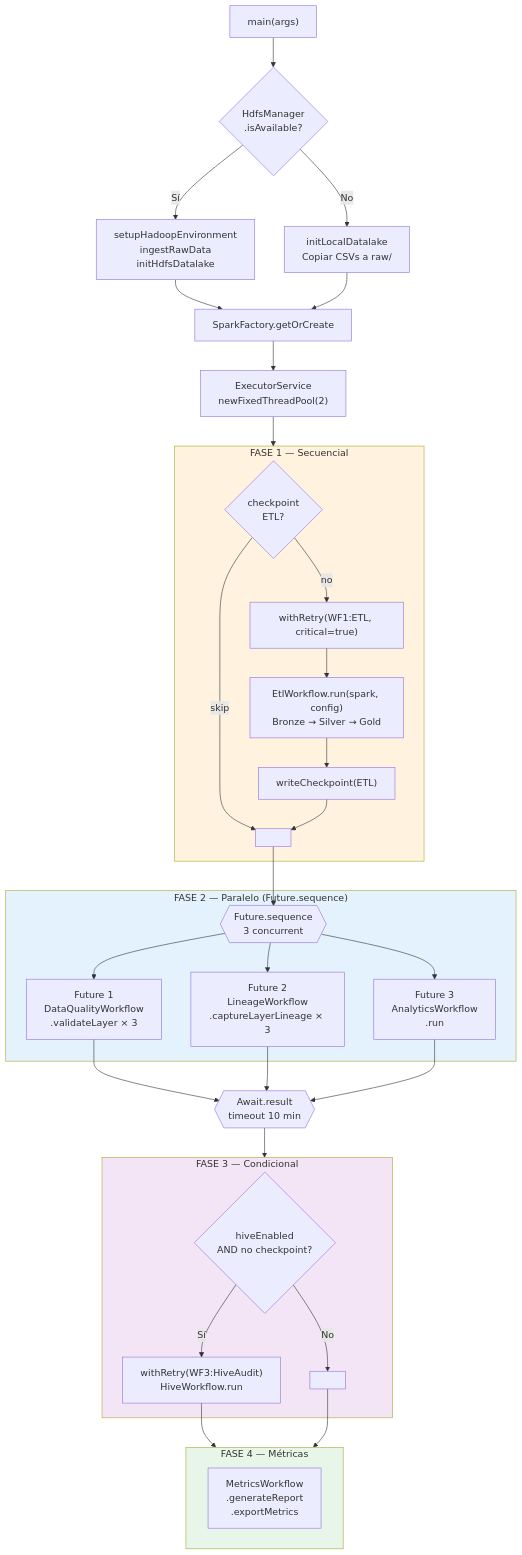
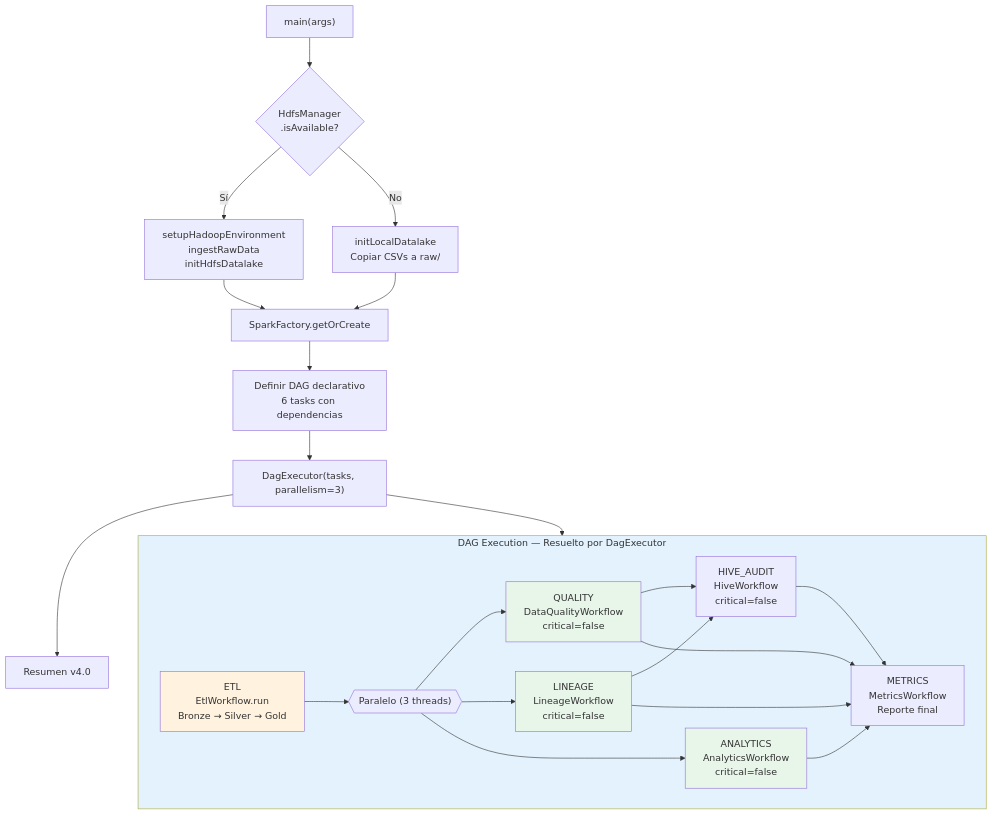
One commit to federicopfund/Fabric_Analytics_Engineer changed the second of 22 diagrams in docs/README.md. Above: the diagram before and after it, drawn with Mermaid. The commit also changed other lines of this file, not shown here.

First line of the commit message:
docs: actualizar README.md con cambios de arquitectura v4.0

````diff
--- a/docs/README.md
+++ b/docs/README.md
@@ -187,52 +204,37 @@
 ```mermaid
 flowchart TB
     MAIN["main(args)"] --> DETECT{"HdfsManager<br/>.isAvailable?"}
 
     DETECT -->|Sí| HDFS_MODE["setupHadoopEnvironment<br/>ingestRawData<br/>initHdfsDatalake"]
     DETECT -->|No| LOCAL_MODE["initLocalDatalake<br/>Copiar CSVs a raw/"]
 
     HDFS_MODE --> SPARK["SparkFactory.getOrCreate"]
     LOCAL_MODE --> SPARK
 
-    SPARK --> POOL["ExecutorService<br/>newFixedThreadPool(2)"]
+    SPARK --> DAG_DEF["Definir DAG declarativo<br/>6 tasks con dependencias"]
 
-    POOL --> FASE1
+    DAG_DEF --> EXECUTOR["DagExecutor(tasks, parallelism=3)"]
 
-    subgraph FASE1["FASE 1 — Secuencial"]
-        CHK1{"checkpoint<br/>ETL?"} -->|skip| FASE2_START
-        CHK1 -->|no| RETRY1["withRetry(WF1:ETL, critical=true)"]
-        RETRY1 --> ETL["EtlWorkflow.run(spark, config)<br/>Bronze → Silver → Gold"]
-        ETL --> CP1["writeCheckpoint(ETL)"]
-        CP1 --> FASE2_START[" "]
+    EXECUTOR --> DAG_EXEC
+
+    subgraph DAG_EXEC["DAG Execution — Resuelto por DagExecutor"]
+        ETL["ETL<br/>EtlWorkflow.run<br/>Bronze → Silver → Gold"]
+
+        ETL --> FORK{{"Paralelo (3 threads)"}}
+        FORK --> QUALITY["QUALITY<br/>DataQualityWorkflow<br/>critical=false"]
+        FORK --> LINEAGE["LINEAGE<br/>LineageWorkflow<br/>critical=false"]
+        FORK --> ANALYTICS["ANALYTICS<br/>AnalyticsWorkflow<br/>critical=false"]
+
+        QUALITY & LINEAGE --> HIVE["HIVE_AUDIT<br/>HiveWorkflow<br/>critical=false"]
+
+        QUALITY & LINEAGE & ANALYTICS & HIVE --> METRICS["METRICS<br/>MetricsWorkflow<br/>Reporte final"]
     end
 
-    FASE2_START --> FORK
+    EXECUTOR --> SUMMARY["Resumen v4.0"]
 
-    subgraph FASE2["FASE 2 — Paralelo (Future.sequence)"]
-        FORK{{"Future.sequence<br/>3 concurrent"}}
-        FORK --> F1["Future 1<br/>DataQualityWorkflow<br/>.validateLayer × 3"]
-        FORK --> F2["Future 2<br/>LineageWorkflow<br/>.captureLayerLineage × 3"]
-        FORK --> F3["Future 3<br/>AnalyticsWorkflow<br/>.run"]
-    end
-
-    F1 & F2 & F3 --> BARRIER{{"Await.result<br/>timeout 10 min"}}
-
-    BARRIER --> FASE3
-
-    subgraph FASE3["FASE 3 — Condicional"]
-        CHK3{"hiveEnabled<br/>AND no checkpoint?"}
-        CHK3 -->|Sí| HIVE["withRetry(WF3:HiveAudit)<br/>HiveWorkflow.run"]
-        CHK3 -->|No| SKIP3[" "]
-    end
-
-    HIVE & SKIP3 --> FASE4
-
-    subgraph FASE4["FASE 4 — Métricas"]
-        METRICS["MetricsWorkflow<br/>.generateReport<br/>.exportMetrics"]
-    end
-
-    style FASE1 fill:#fff3e0
-    style FASE2 fill:#e3f2fd
-    style FASE3 fill:#f3e5f5
-    style FASE4 fill:#e8f5e9
+    style DAG_EXEC fill:#e3f2fd
+    style ETL fill:#fff3e0
+    style QUALITY fill:#e8f5e9
+    style LINEAGE fill:#e8f5e9
+    style ANALYTICS fill:#e8f5e9
 ```
````
